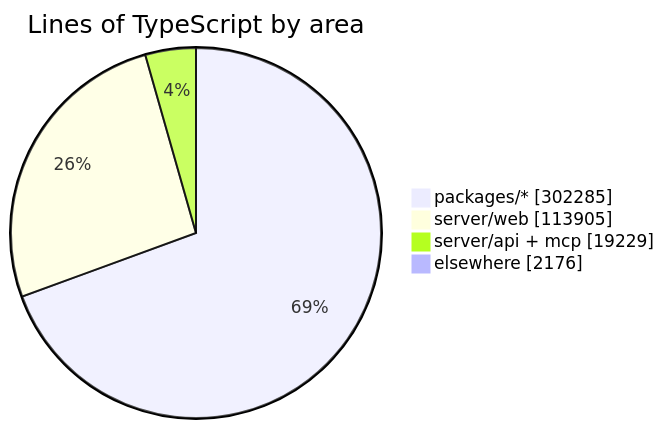
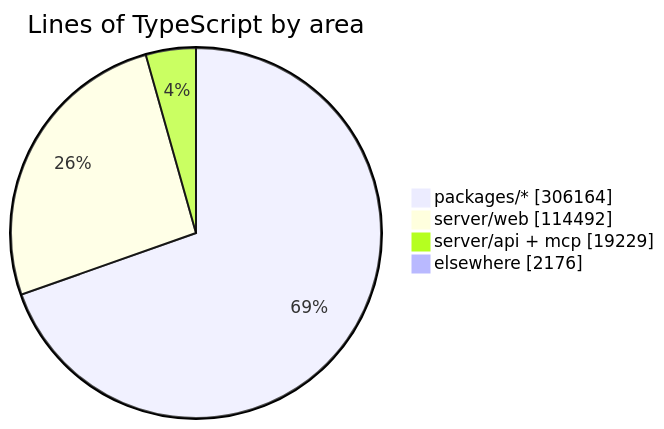
Before and after one commit to crossworks-engineering/mantle: the diagram in README.md, drawn with Mermaid. The commit also changed other lines of this file and 2 other files, not shown here.

````diff
--- a/README.md
+++ b/README.md
@@ -294,7 +294,7 @@
 ```mermaid
 pie showData title Lines of TypeScript by area
-    "packages/*" : 302285
-    "server/web" : 113905
+    "packages/*" : 306164
+    "server/web" : 114492
     "server/api + mcp" : 19229
     "elsewhere" : 2176
 ```
````
